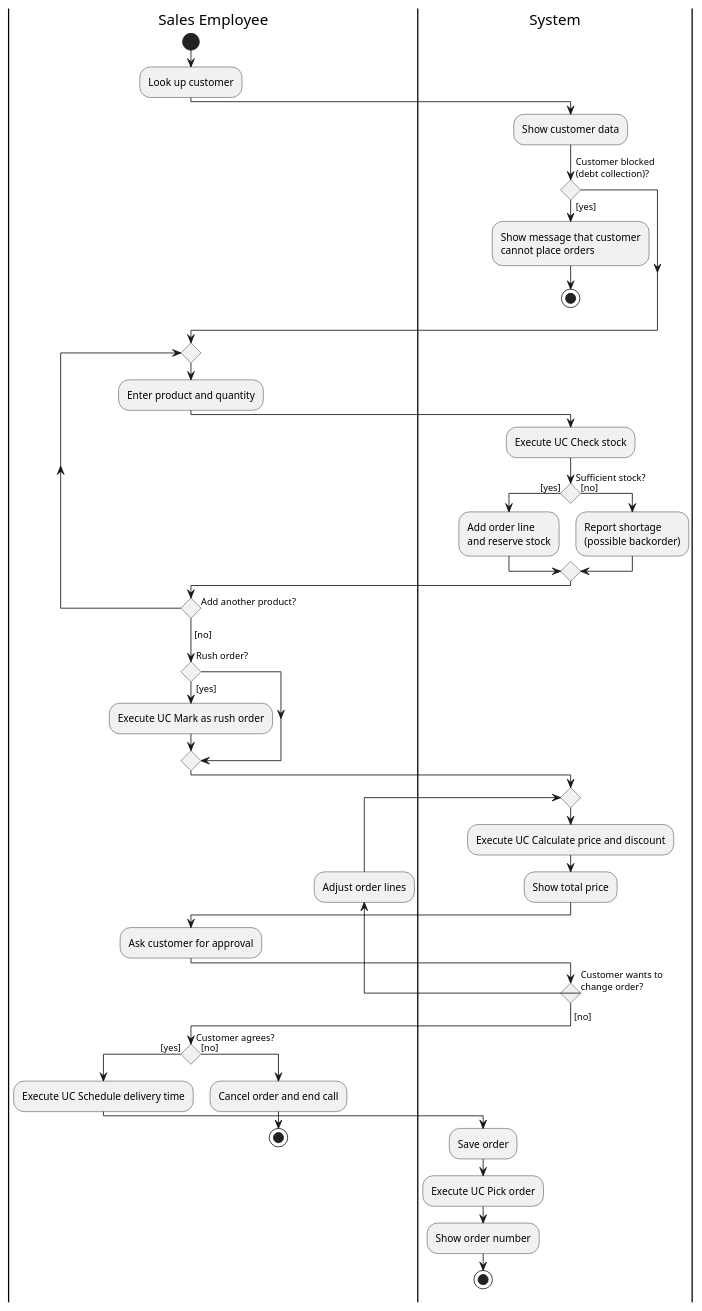
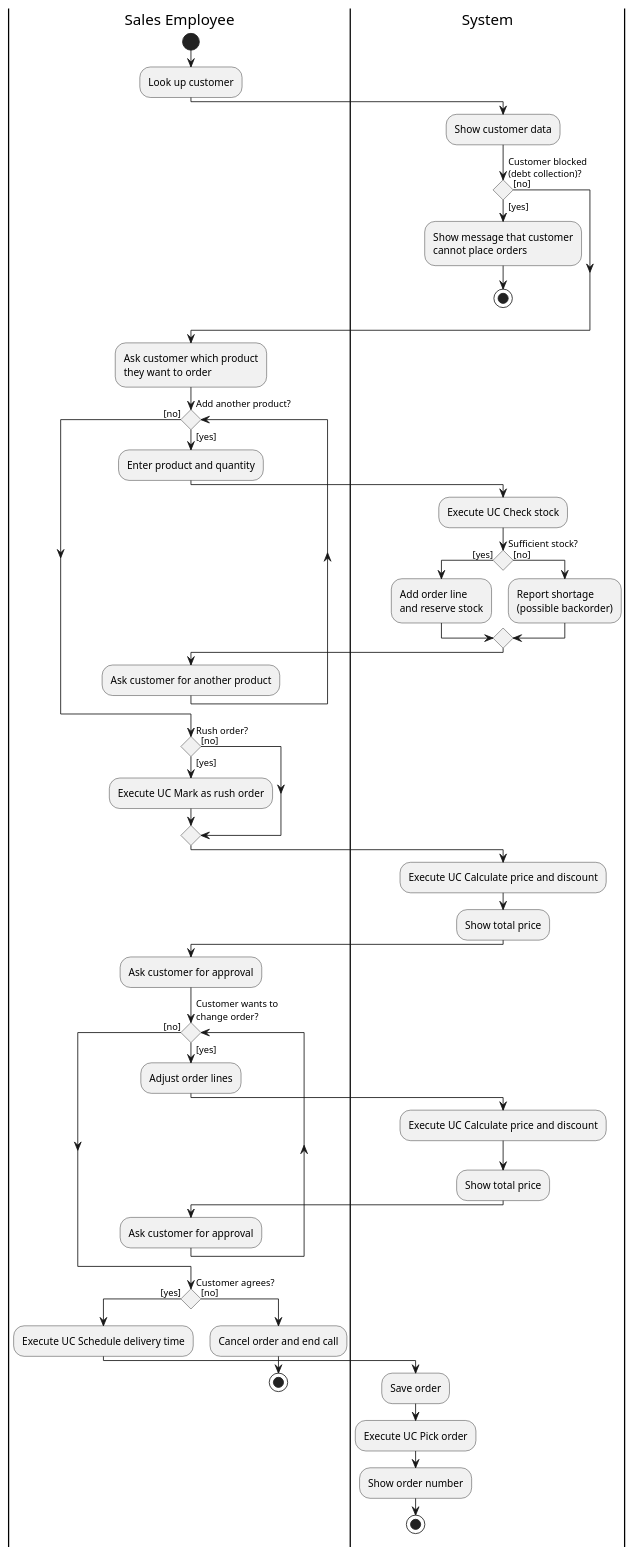
Before and after one commit to ViktorQorri/Project-Timaflu: the diagram in Documentation/Architecture/uml/src/activity_diagrams/UC05_Enter_order.puml, drawn with PlantUML. The commit also changed 4 other files, not shown here.

```diff
--- a/Documentation/Architecture/uml/src/activity_diagrams/UC05_Enter_order.puml
+++ b/Documentation/Architecture/uml/src/activity_diagrams/UC05_Enter_order.puml
@@ -1,66 +1,64 @@
 @startuml
-
 skinparam conditionStyle diamond
 skinparam ConditionEndStyle diamond
 skinparam ActivityDiamondFontSize 11
 
 |Sales Employee|
 start
 :Look up customer;
 
 |System|
 :Show customer data;
-
 if (Customer blocked\n(debt collection)?) then ([yes])
   :Show message that customer\ncannot place orders;
   stop
+else ([no])
 endif
 
 |Sales Employee|
-repeat
+:Ask customer which product\nthey want to order;
+while (Add another product?) is ([yes])
   :Enter product and quantity;
-
   |System|
   :Execute UC Check stock;
-
   if (Sufficient stock?) then ([yes])
     :Add order line\nand reserve stock;
   else ([no])
     :Report shortage\n(possible backorder);
   endif
-
   |Sales Employee|
-repeat while (Add another product?) is ([yes])
-->[no];
+  :Ask customer for another product;
+endwhile ([no])
 
 if (Rush order?) then ([yes])
   :Execute UC Mark as rush order;
+else ([no])
 endif
 
 |System|
-repeat
+:Execute UC Calculate price and discount;
+:Show total price;
+|Sales Employee|
+:Ask customer for approval;
+while (Customer wants to\nchange order?) is ([yes])
+  :Adjust order lines;
+  |System|
   :Execute UC Calculate price and discount;
   :Show total price;
-
   |Sales Employee|
   :Ask customer for approval;
-
-backward :Adjust order lines;
-repeat while (Customer wants to\nchange order?) is ([yes])
-->[no];
+endwhile ([no])
 
 if (Customer agrees?) then ([yes])
   :Execute UC Schedule delivery time;
-
   |System|
   :Save order;
   :Execute UC Pick order;
   :Show order number;
   stop
 else ([no])
   |Sales Employee|
   :Cancel order and end call;
   stop
 endif
-
 @enduml
```
